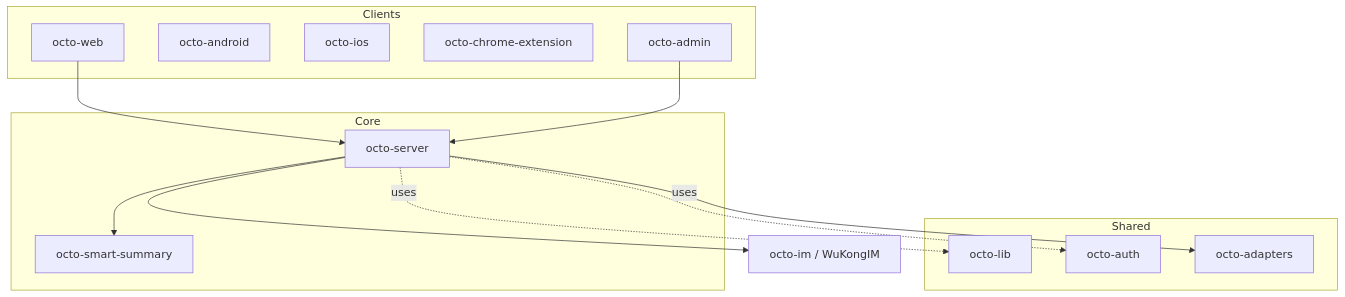
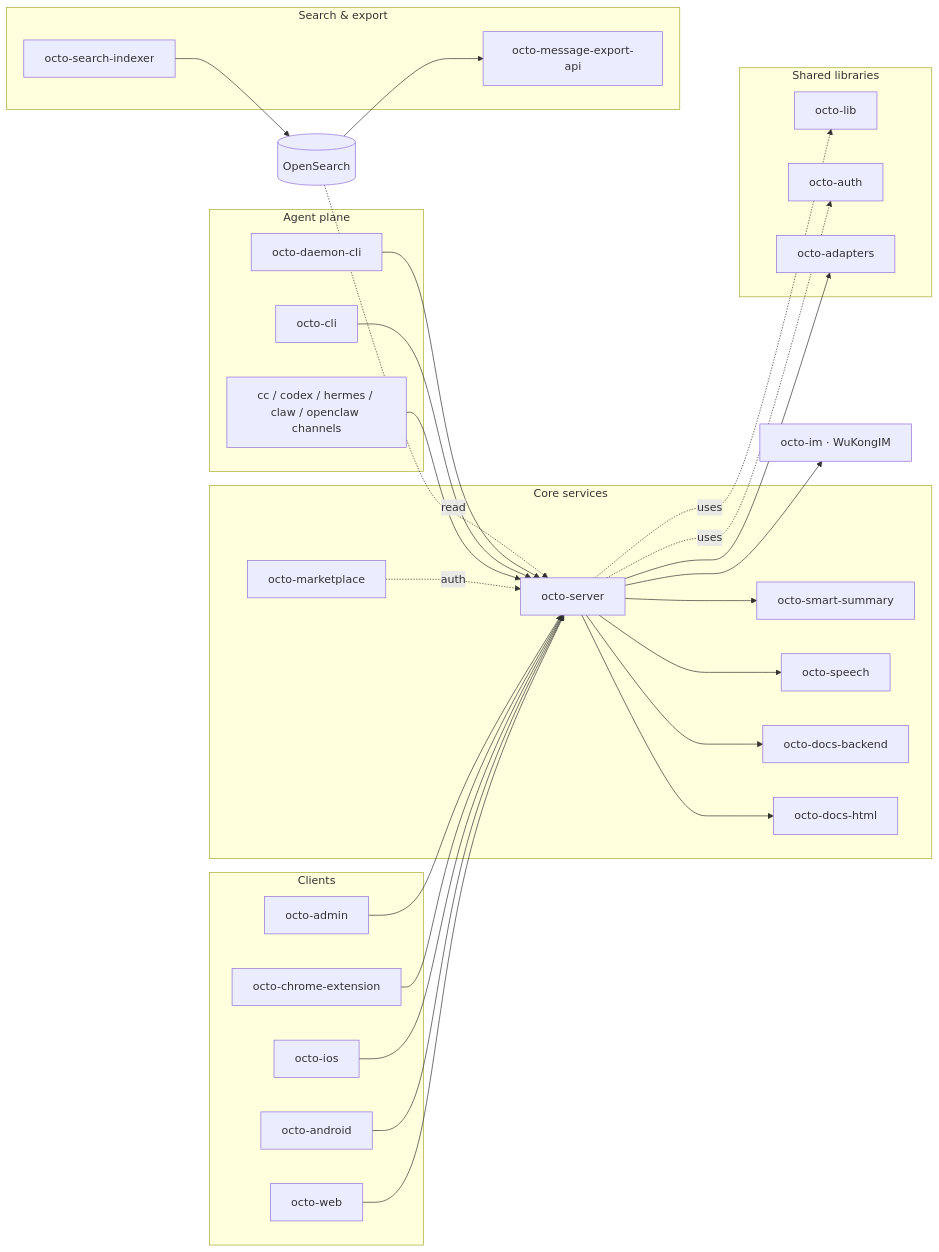
One commit to Mininglamp-OSS/octo-docs changed the diagram in ecosystem/repository-guide.mdx. Above: the diagram before and after it, drawn with Mermaid. The commit also changed other lines of this file and 13 other files, not shown here.

First line of the commit message:
Refresh architecture diagrams (complete + legible) (#2)

````diff
--- a/ecosystem/repository-guide.mdx
+++ b/ecosystem/repository-guide.mdx
@@ -13,27 +13,55 @@
 ```mermaid
-graph TD
-  subgraph Clients
+graph LR
+  subgraph clients["Clients"]
     web[octo-web]
     android[octo-android]
     ios[octo-ios]
     ext[octo-chrome-extension]
-    admin[octo-admin]
+    adm[octo-admin]
   end
-  subgraph Core
+  subgraph coregrp["Core services"]
     server[octo-server]
     summary[octo-smart-summary]
+    speech[octo-speech]
+    market[octo-marketplace]
+    dbe[octo-docs-backend]
+    dhtml[octo-docs-html]
   end
-  im[octo-im / WuKongIM]
-  subgraph Shared
+  im[octo-im · WuKongIM]
+  osx[(OpenSearch)]
+  subgraph searchgrp["Search & export"]
+    idx[octo-search-indexer]
+    exp[octo-message-export-api]
+  end
+  subgraph agentgrp["Agent plane"]
+    channels[cc / codex / hermes / claw / openclaw channels]
+    cli[octo-cli]
+    daemon[octo-daemon-cli]
+  end
+  subgraph sharedgrp["Shared libraries"]
     lib[octo-lib]
     auth[octo-auth]
     adapters[octo-adapters]
   end
+
   web --> server
-  admin --> server
+  android --> server
+  ios --> server
+  ext --> server
+  adm --> server
   server --> im
   server --> summary
+  server --> speech
+  market -.auth.-> server
+  server --> dbe
+  server --> dhtml
+  channels --> server
+  cli --> server
+  daemon --> server
+  idx --> osx
+  osx -.read.-> server
+  osx --> exp
   server -.uses.-> lib
   server -.uses.-> auth
   server --> adapters
 ```
````
